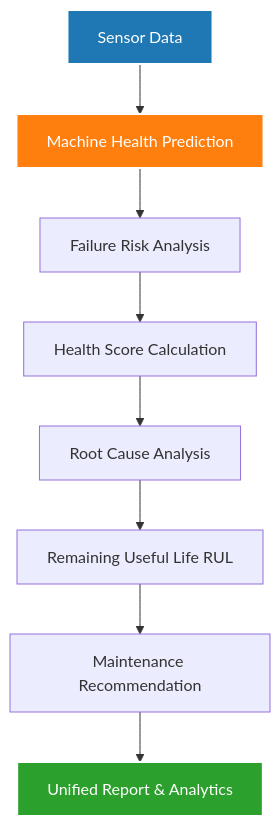
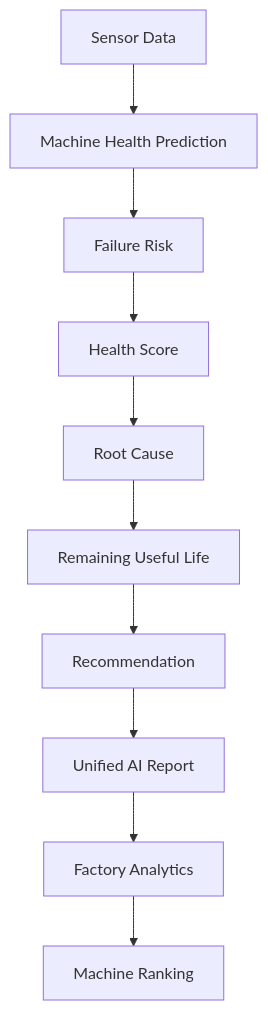
One commit to Giridharan9807/TexTwin changed the diagram in ml/README.md. Above: the diagram before and after it, drawn with Mermaid. The commit also changed other lines of this file, not shown here.

````diff
--- a/ml/README.md
+++ b/ml/README.md
@@ -56,14 +267,41 @@
 ```mermaid
 graph TD
-    SensorData[Sensor Data] --> Predictor[Machine Health Prediction]
-    Predictor --> FailureRisk[Failure Risk Analysis]
-    FailureRisk --> HealthScore[Health Score Calculation]
-    HealthScore --> RootCause[Root Cause Analysis]
-    RootCause --> RUL[Remaining Useful Life RUL]
-    RUL --> Recommendation[Maintenance Recommendation]
-    Recommendation --> Report[Unified Report & Analytics]
-    
-    style SensorData fill:#1f77b4,stroke:#fff,stroke-width:2px,color:#fff
-    style Predictor fill:#ff7f0e,stroke:#fff,stroke-width:2px,color:#fff
-    style Report fill:#2ca02c,stroke:#fff,stroke-width:2px,color:#fff
+
+A[Sensor Data]
+
+-->
+
+B[Machine Health Prediction]
+
+-->
+
+C[Failure Risk]
+
+-->
+
+D[Health Score]
+
+-->
+
+E[Root Cause]
+
+-->
+
+F[Remaining Useful Life]
+
+-->
+
+G[Recommendation]
+
+-->
+
+H[Unified AI Report]
+
+-->
+
+I[Factory Analytics]
+
+-->
+
+J[Machine Ranking]
 ```
````
